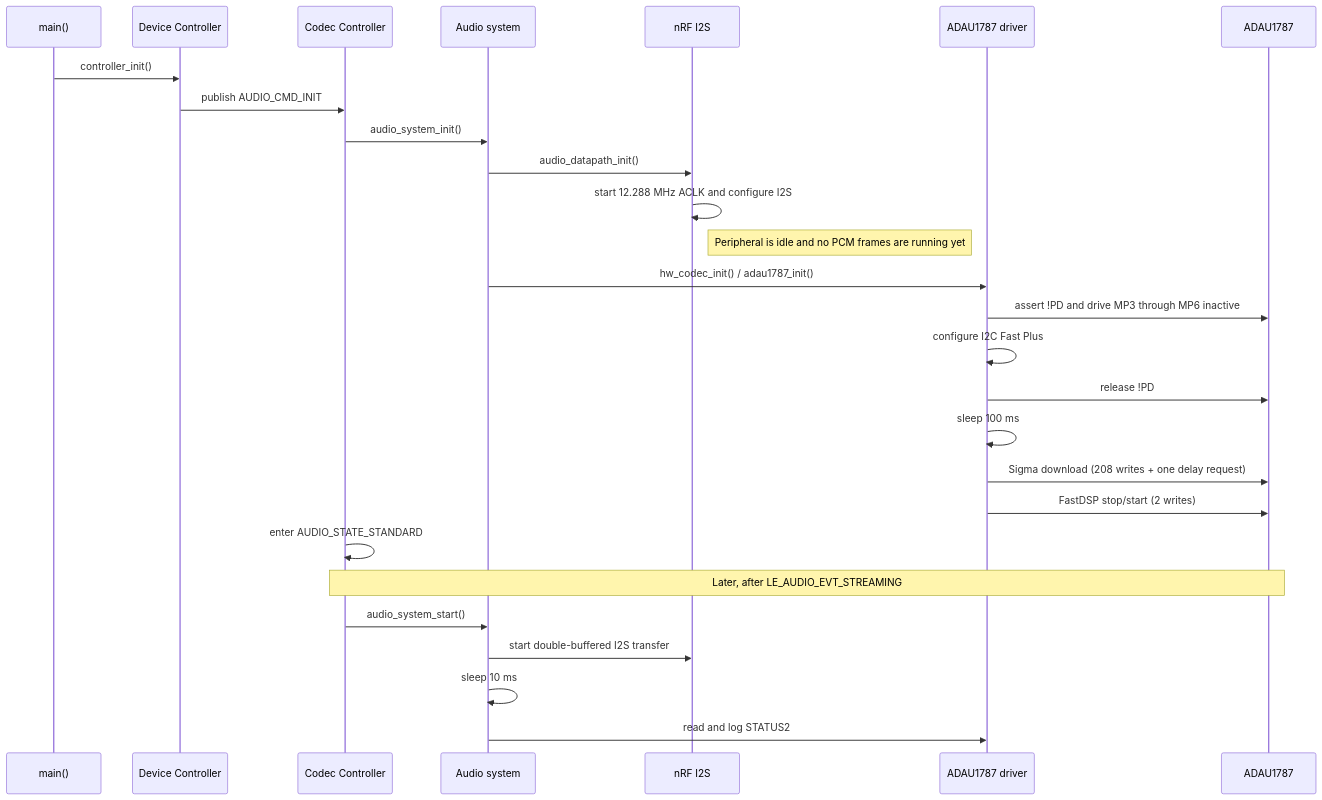
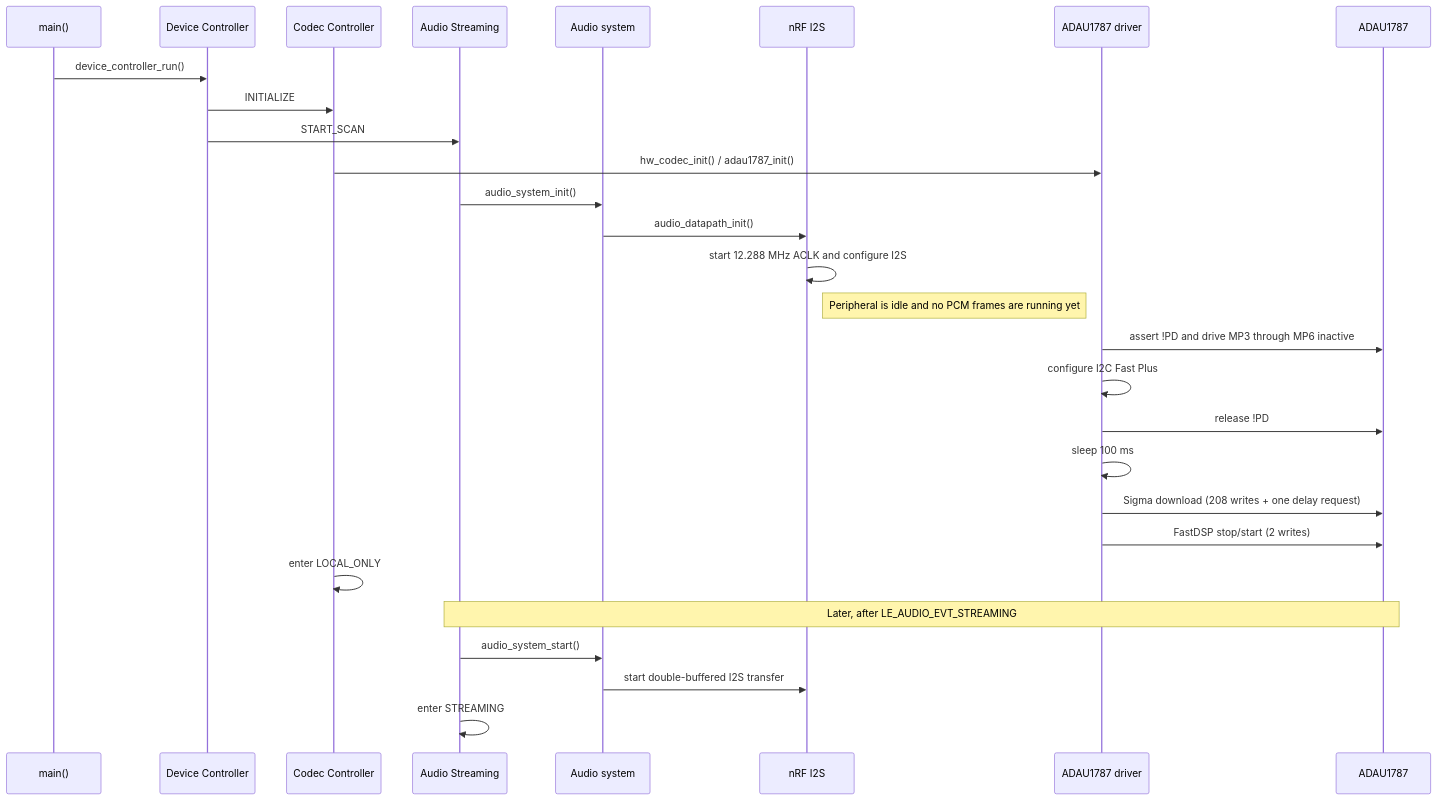
The diagram in docs/modules/adau1787-startup.md (Matheus-Cavalcanti/tiresias-soak-test), drawn with Mermaid before and after one commit. The commit also changed other lines of this file and 6 other files, not shown here.

````diff
--- a/docs/modules/adau1787-startup.md
+++ b/docs/modules/adau1787-startup.md
@@ -36,31 +37,32 @@
 ```mermaid
 sequenceDiagram
     participant Main as main()
     participant Controller as Device Controller
-    participant Audio as Codec Controller
+    participant CodecCtrl as Codec Controller
+    participant Streaming as Audio Streaming
     participant System as Audio system
     participant I2S as nRF I2S
     participant Driver as ADAU1787 driver
     participant Codec as ADAU1787
 
-    Main->>Controller: controller_init()
-    Controller->>Audio: publish AUDIO_CMD_INIT
-    Audio->>System: audio_system_init()
+    Main->>Controller: device_controller_run()
+    Controller->>CodecCtrl: INITIALIZE
+    Controller->>Streaming: START_SCAN
+    CodecCtrl->>Driver: hw_codec_init() / adau1787_init()
+    Streaming->>System: audio_system_init()
     System->>I2S: audio_datapath_init()
     I2S->>I2S: start 12.288 MHz ACLK and configure I2S
     Note right of I2S: Peripheral is idle and no PCM frames are running yet
-    System->>Driver: hw_codec_init() / adau1787_init()
     Driver->>Codec: assert !PD and drive MP3 through MP6 inactive
     Driver->>Driver: configure I2C Fast Plus
     Driver->>Codec: release !PD
     Driver->>Driver: sleep 100 ms
     Driver->>Codec: Sigma download (208 writes + one delay request)
     Driver->>Codec: FastDSP stop/start (2 writes)
-    Audio->>Audio: enter AUDIO_STATE_STANDARD
+    CodecCtrl->>CodecCtrl: enter LOCAL_ONLY
 
-    Note over Audio,Codec: Later, after LE_AUDIO_EVT_STREAMING
-    Audio->>System: audio_system_start()
+    Note over Streaming,Codec: Later, after LE_AUDIO_EVT_STREAMING
+    Streaming->>System: audio_system_start()
     System->>I2S: start double-buffered I2S transfer
-    System->>System: sleep 10 ms
-    System->>Driver: read and log STATUS2
+    Streaming->>Streaming: enter STREAMING
 ```
````
